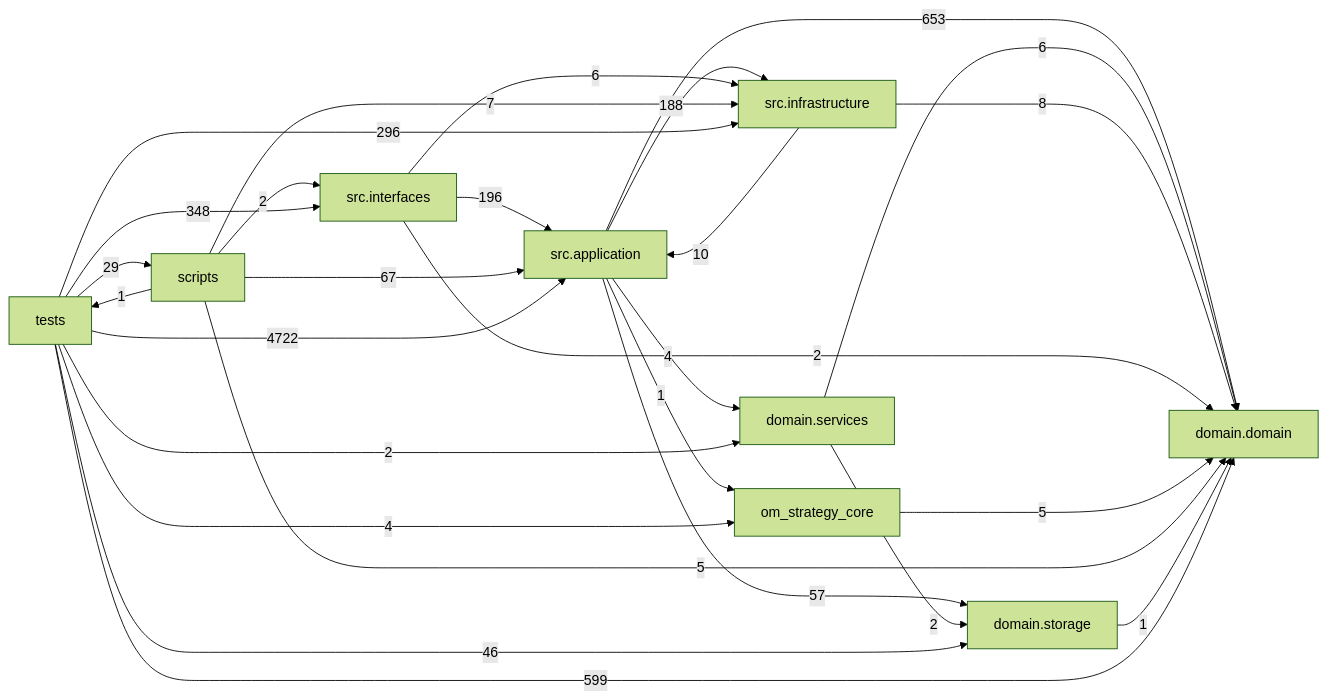
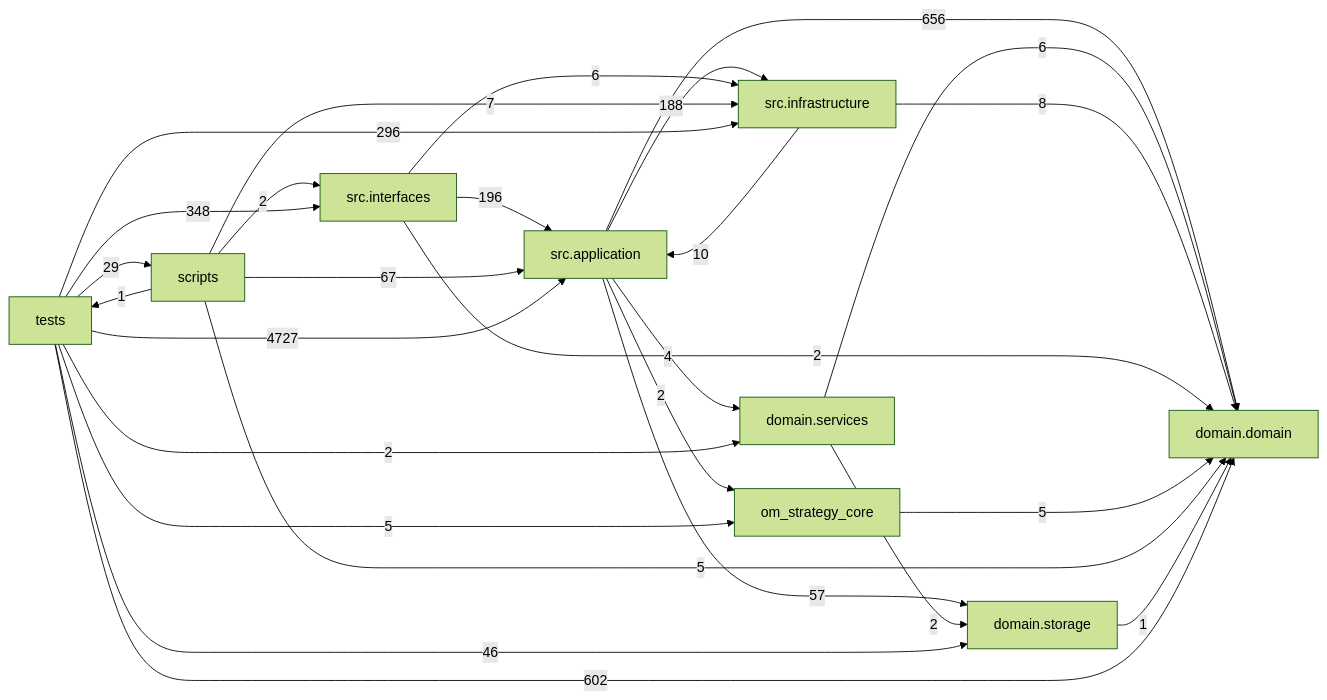
The diagram in docs/DEPENDENCY_GRAPH.md (liuxie066/options-monitor), drawn with Mermaid (forest theme) before and after one commit. The commit also changed other lines of this file and 6 other files, not shown here.

````diff
--- a/docs/DEPENDENCY_GRAPH.md
+++ b/docs/DEPENDENCY_GRAPH.md
@@ -24,38 +24,38 @@
 ```mermaid
 flowchart LR
   tests["tests"]
   scripts["scripts"]
   interfaces["src.interfaces"]
   application["src.application"]
   infrastructure["src.infrastructure"]
   domain_services["domain.services"]
   domain["domain.domain"]
   storage["domain.storage"]
-  application -->|653| domain
+  application -->|656| domain
   application -->|4| domain_services
   application -->|188| infrastructure
-  application -->|1| om_strategy_core
+  application -->|2| om_strategy_core
   application -->|57| storage
   domain_services -->|6| domain
   domain_services -->|2| storage
   infrastructure -->|10| application
   infrastructure -->|8| domain
   interfaces -->|196| application
   interfaces -->|2| domain
   interfaces -->|6| infrastructure
   om_strategy_core -->|5| domain
   scripts -->|67| application
   scripts -->|5| domain
   scripts -->|7| infrastructure
   scripts -->|2| interfaces
   scripts -->|1| tests
   storage -->|1| domain
-  tests -->|4722| application
-  tests -->|599| domain
+  tests -->|4727| application
+  tests -->|602| domain
   tests -->|2| domain_services
   tests -->|296| infrastructure
   tests -->|348| interfaces
-  tests -->|4| om_strategy_core
+  tests -->|5| om_strategy_core
   tests -->|29| scripts
   tests -->|46| storage
 ```
````
